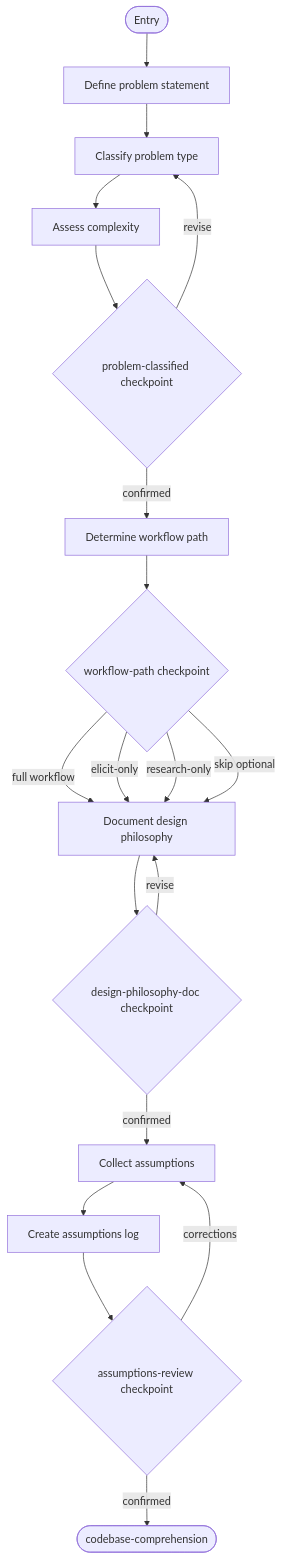
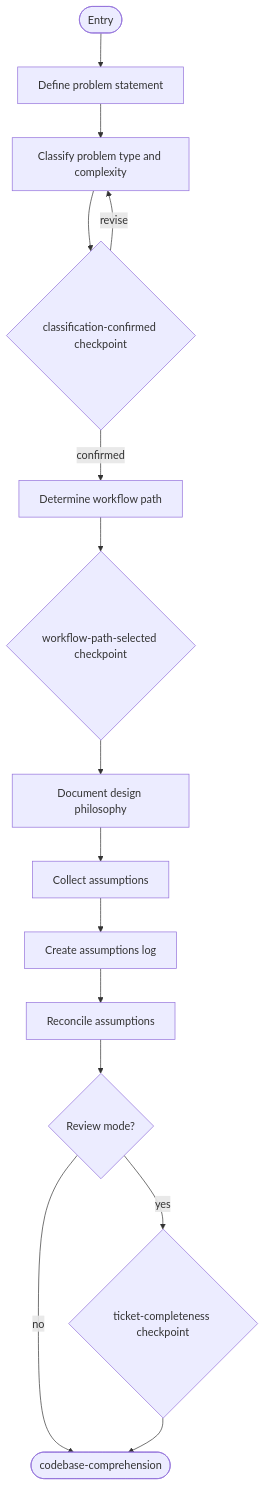
The second of 14 diagrams in work-package/activities/README.md (m2ux/workflow-server), drawn with Mermaid before and after one commit. The commit also changed other lines of this file and 48 other files, not shown here.

````diff
--- a/work-package/activities/README.md
+++ b/work-package/activities/README.md
@@ -135,24 +158,18 @@
 ```mermaid
 graph TD
     entryNode(["Entry"]) --> defineProblem["Define problem statement"]
-    defineProblem --> classifyProblem["Classify problem type"]
-    classifyProblem --> assessComplexity["Assess complexity"]
-    assessComplexity --> cpClassified{"problem-classified checkpoint"}
+    defineProblem --> classifyProblem["Classify problem type and complexity"]
+    classifyProblem --> cpClassified{"classification-confirmed checkpoint"}
     cpClassified -->|"confirmed"| determinePath["Determine workflow path"]
     cpClassified -->|"revise"| classifyProblem
 
-    determinePath --> cpPath{"workflow-path checkpoint"}
-    cpPath -->|"full workflow"| docPhilosophy
-    cpPath -->|"elicit-only"| docPhilosophy
-    cpPath -->|"research-only"| docPhilosophy
-    cpPath -->|"skip optional"| docPhilosophy
-
-    docPhilosophy["Document design philosophy"] --> cpDoc{"design-philosophy-doc checkpoint"}
-    cpDoc -->|"confirmed"| collectAssumptions["Collect assumptions"]
-    cpDoc -->|"revise"| docPhilosophy
-
+    determinePath --> cpPath{"workflow-path-selected checkpoint"}
+    cpPath --> docPhilosophy["Document design philosophy"]
+    docPhilosophy --> collectAssumptions["Collect assumptions"]
     collectAssumptions --> createLog["Create assumptions log"]
-    createLog --> cpAssumptions{"assumptions-review checkpoint"}
-    cpAssumptions -->|"confirmed"| exitComprehension(["codebase-comprehension"])
-    cpAssumptions -->|"corrections"| collectAssumptions
+    createLog --> reconcile["Reconcile assumptions"]
+    reconcile --> reviewMode{"Review mode?"}
+    reviewMode -->|"yes"| ticketCompleteness{"ticket-completeness checkpoint"}
+    reviewMode -->|"no"| exitComprehension(["codebase-comprehension"])
+    ticketCompleteness --> exitComprehension
 ```
````
